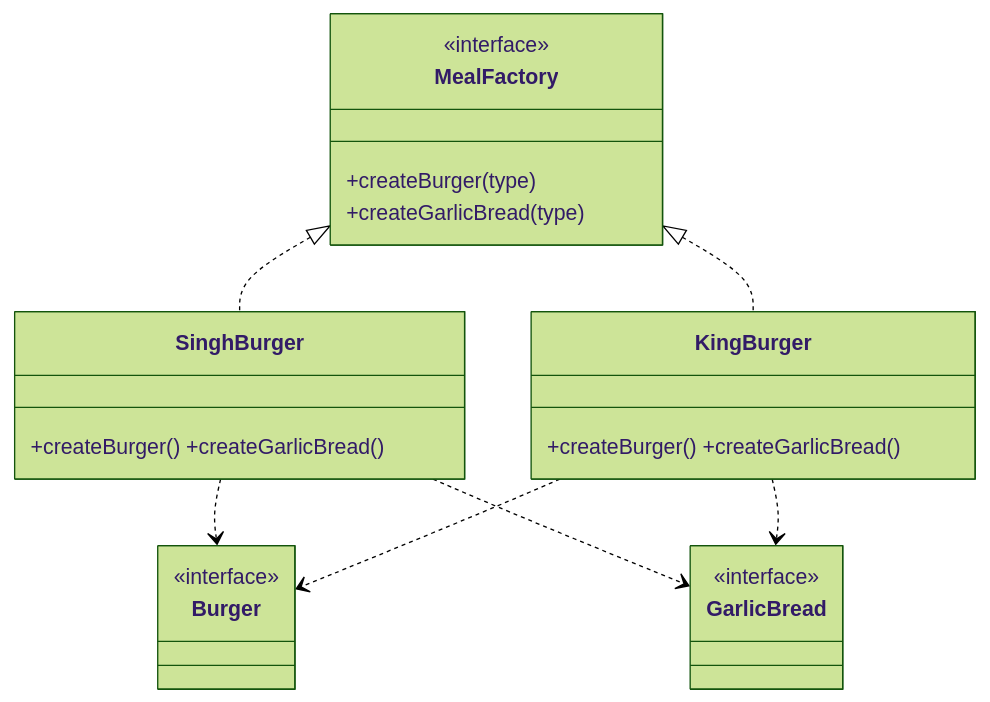
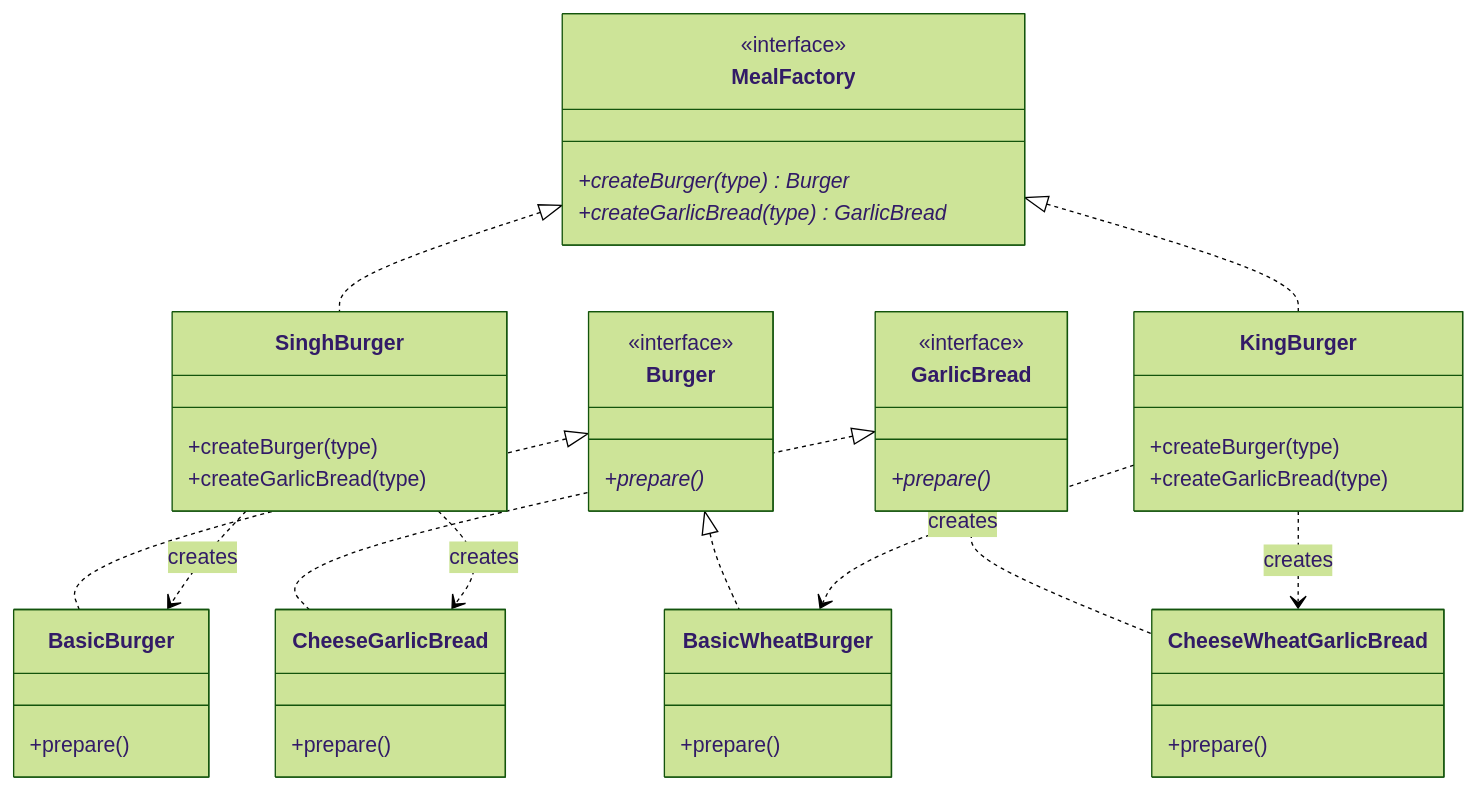
The first of 2 diagrams in L9 Factory_Design_Pattern/notes/03_Abstract_Factory.md (subhm2004/LLD), drawn with Mermaid (forest theme) before and after one commit. The commit also changed other lines of this file and 7 other files, not shown here.

````diff
--- a/L9 Factory_Design_Pattern/notes/03_Abstract_Factory.md
+++ b/L9 Factory_Design_Pattern/notes/03_Abstract_Factory.md
@@ -69,20 +82,40 @@
 ```mermaid
 classDiagram
     class MealFactory {
         <<interface>>
+        +createBurger(type)* Burger
+        +createGarlicBread(type)* GarlicBread
+    }
+    class SinghBurger {
         +createBurger(type)
         +createGarlicBread(type)
     }
-    class SinghBurger { +createBurger() +createGarlicBread() }
-    class KingBurger { +createBurger() +createGarlicBread() }
+    class KingBurger {
+        +createBurger(type)
+        +createGarlicBread(type)
+    }
 
-    class Burger { <<interface>> }
-    class GarlicBread { <<interface>> }
+    class Burger {
+        <<interface>>
+        +prepare()*
+    }
+    class GarlicBread {
+        <<interface>>
+        +prepare()*
+    }
+    class BasicBurger { +prepare() }
+    class BasicWheatBurger { +prepare() }
+    class CheeseGarlicBread { +prepare() }
+    class CheeseWheatGarlicBread { +prepare() }
 
     MealFactory <|.. SinghBurger
     MealFactory <|.. KingBurger
-    SinghBurger ..> Burger
-    SinghBurger ..> GarlicBread
-    KingBurger ..> Burger
-    KingBurger ..> GarlicBread
+    Burger <|.. BasicBurger
+    Burger <|.. BasicWheatBurger
+    GarlicBread <|.. CheeseGarlicBread
+    GarlicBread <|.. CheeseWheatGarlicBread
+    SinghBurger ..> BasicBurger : creates
+    SinghBurger ..> CheeseGarlicBread : creates
+    KingBurger ..> BasicWheatBurger : creates
+    KingBurger ..> CheeseWheatGarlicBread : creates
 ```
````
